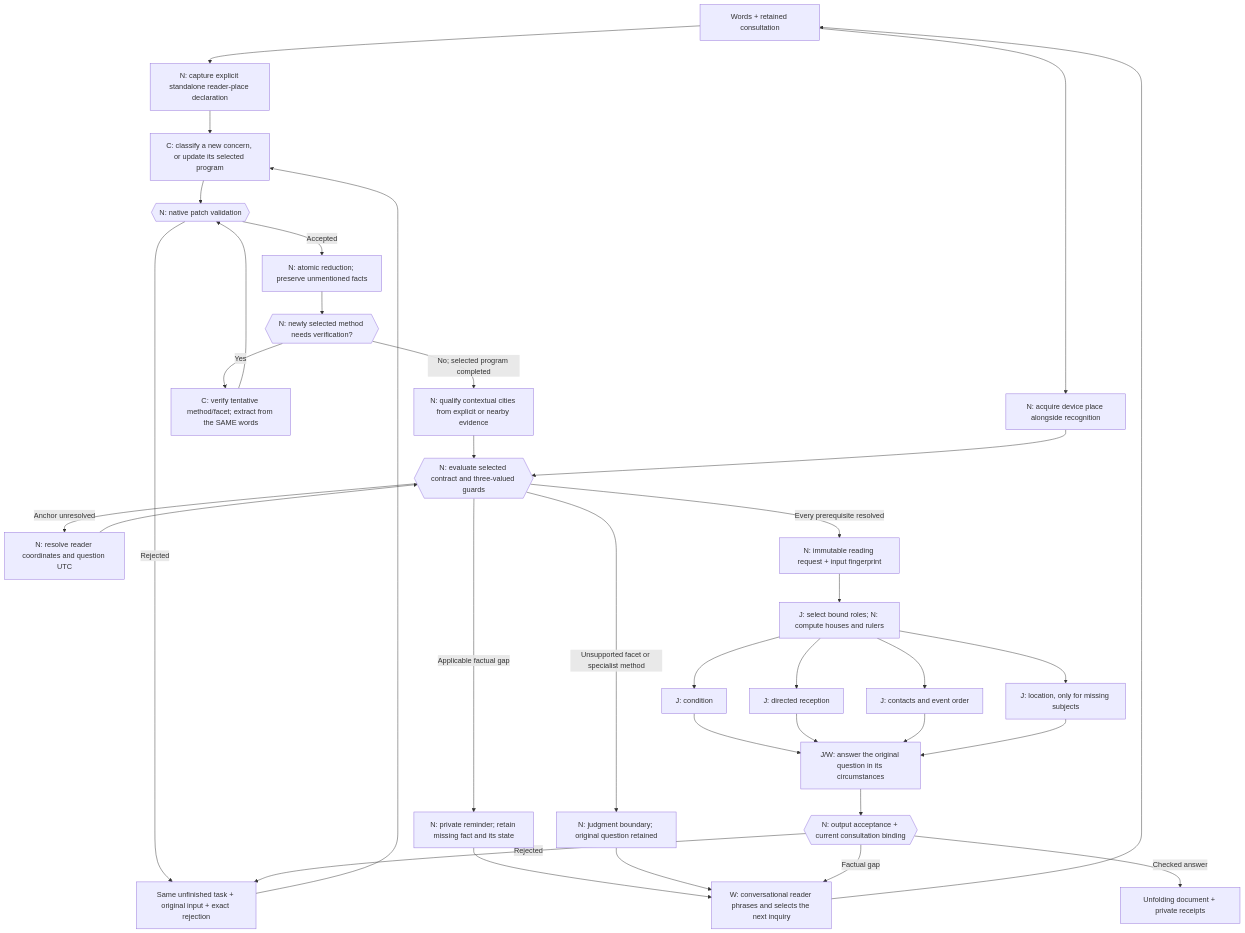
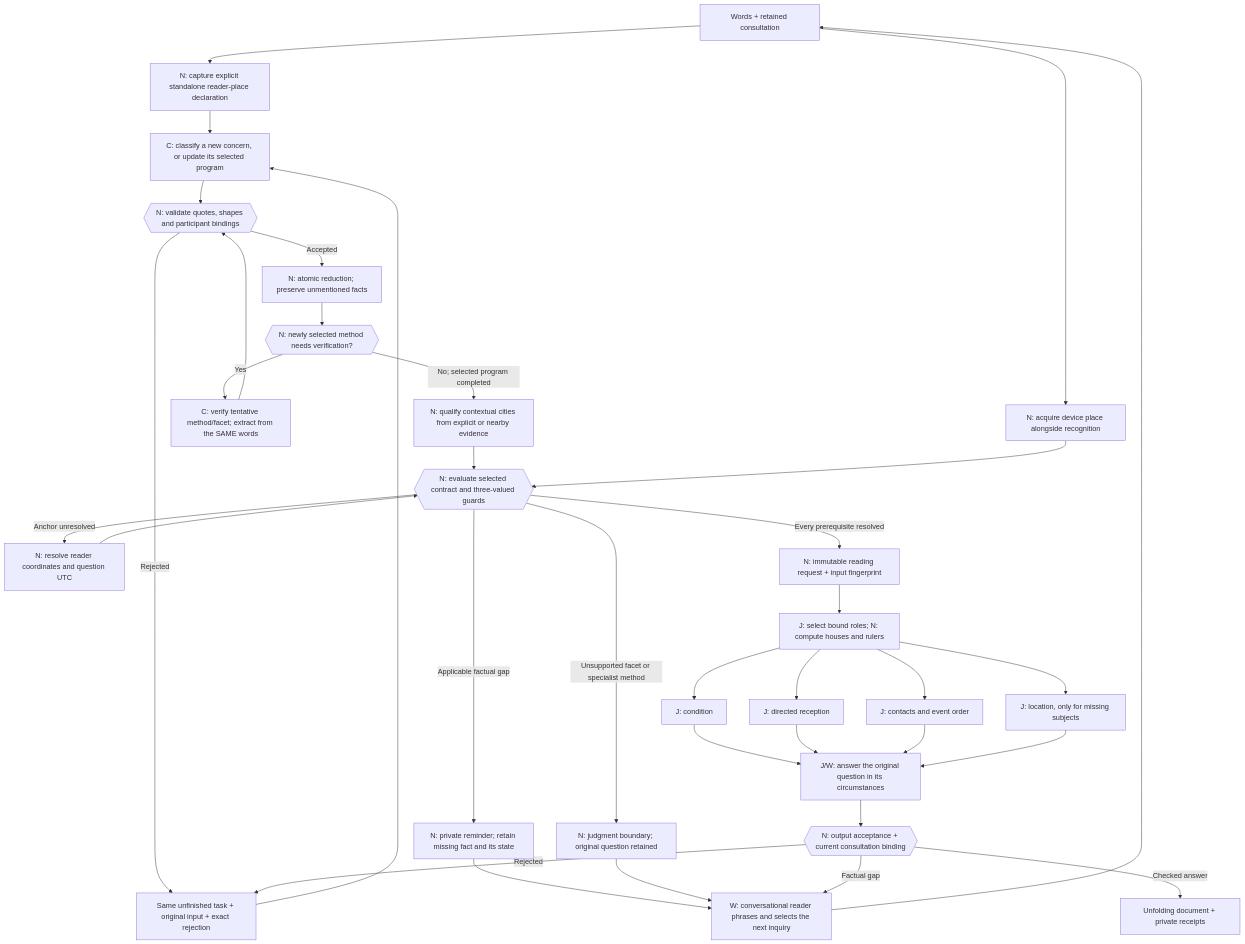
The diagram in src-tauri/src/reading_contract_overview.md (delysis/horary-web), drawn with Mermaid before and after one commit. The commit also changed other lines of this file and 14 other files, not shown here.

````diff
--- a/src-tauri/src/reading_contract_overview.md
+++ b/src-tauri/src/reading_contract_overview.md
@@ -7,34 +7,34 @@
 ```mermaid
 flowchart TB
   words["Words + retained consultation"] --> literal["N: capture explicit standalone reader-place declaration"]
   literal --> recognise["C: classify a new concern, or update its selected program"]
   words --> device["N: acquire device place alongside recognition"]
-  recognise --> check{{"N: native patch validation"}}
+  recognise --> check{{"N: validate quotes, shapes and participant bindings"}}
   check -->|Rejected| repair["Same unfinished task + original input + exact rejection"]
   repair --> recognise
   check -->|Accepted| reduce["N: atomic reduction; preserve unmentioned facts"]
   reduce --> focused{{"N: newly selected method needs verification?"}}
   focused -->|Yes| extract["C: verify tentative method/facet; extract from the SAME words"]
   extract --> check
   focused -->|No; selected program completed| resolve["N: qualify contextual cities from explicit or nearby evidence"]
   resolve --> plan{{"N: evaluate selected contract and three-valued guards"}}
   device --> plan
   plan -->|Applicable factual gap| remind["N: private reminder; retain missing fact and its state"]
   remind --> ask["W: conversational reader phrases and selects the next inquiry"]
   ask --> words
   plan -->|Anchor unresolved| tools["N: resolve reader coordinates and question UTC"]
   tools --> plan
   plan -->|Unsupported facet or specialist method| limited["N: judgment boundary; original question retained"]
   limited --> ask
   plan -->|Every prerequisite resolved| freeze["N: immutable reading request + input fingerprint"]
   freeze --> roles["J: select bound roles; N: compute houses and rulers"]
   roles --> condition["J: condition"]
   roles --> reception["J: directed reception"]
   roles --> contacts["J: contacts and event order"]
   roles --> location["J: location, only for missing subjects"]
   condition & reception & contacts & location --> judgment["J/W: answer the original question in its circumstances"]
   judgment --> acceptance{{"N: output acceptance + current consultation binding"}}
   acceptance -->|Factual gap| ask
   acceptance -->|Rejected| repair
   acceptance -->|Checked answer| document["Unfolding document + private receipts"]
 ```
````
